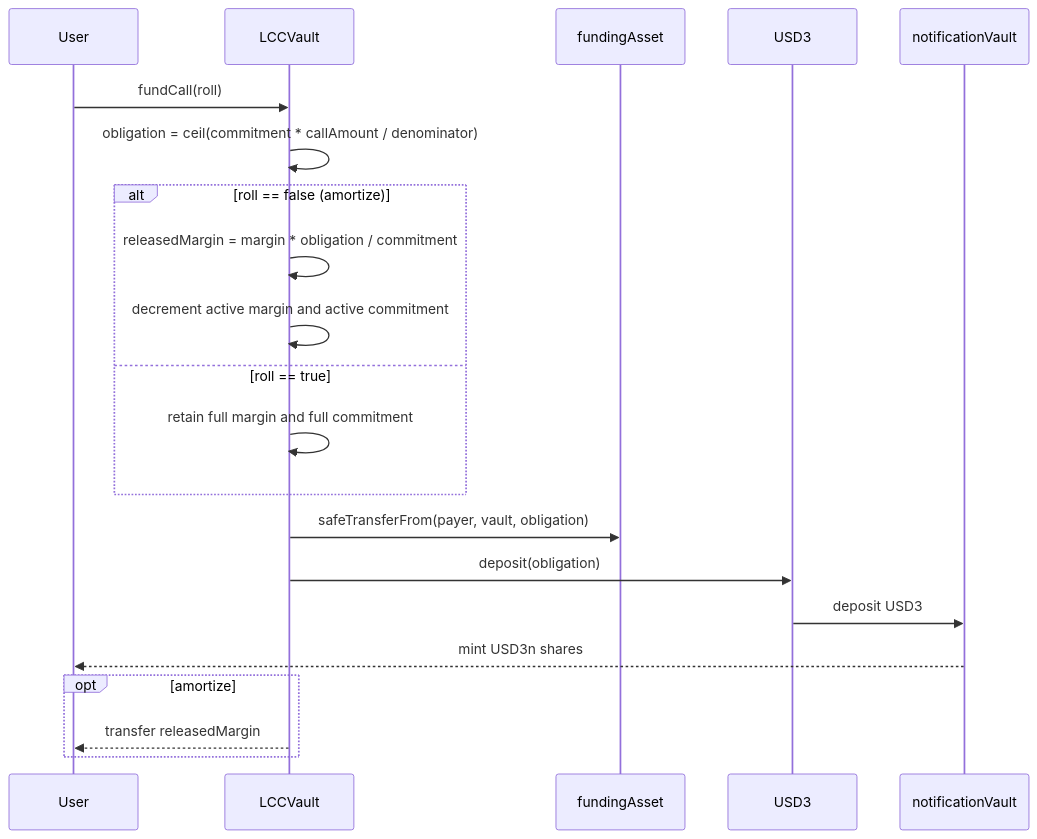
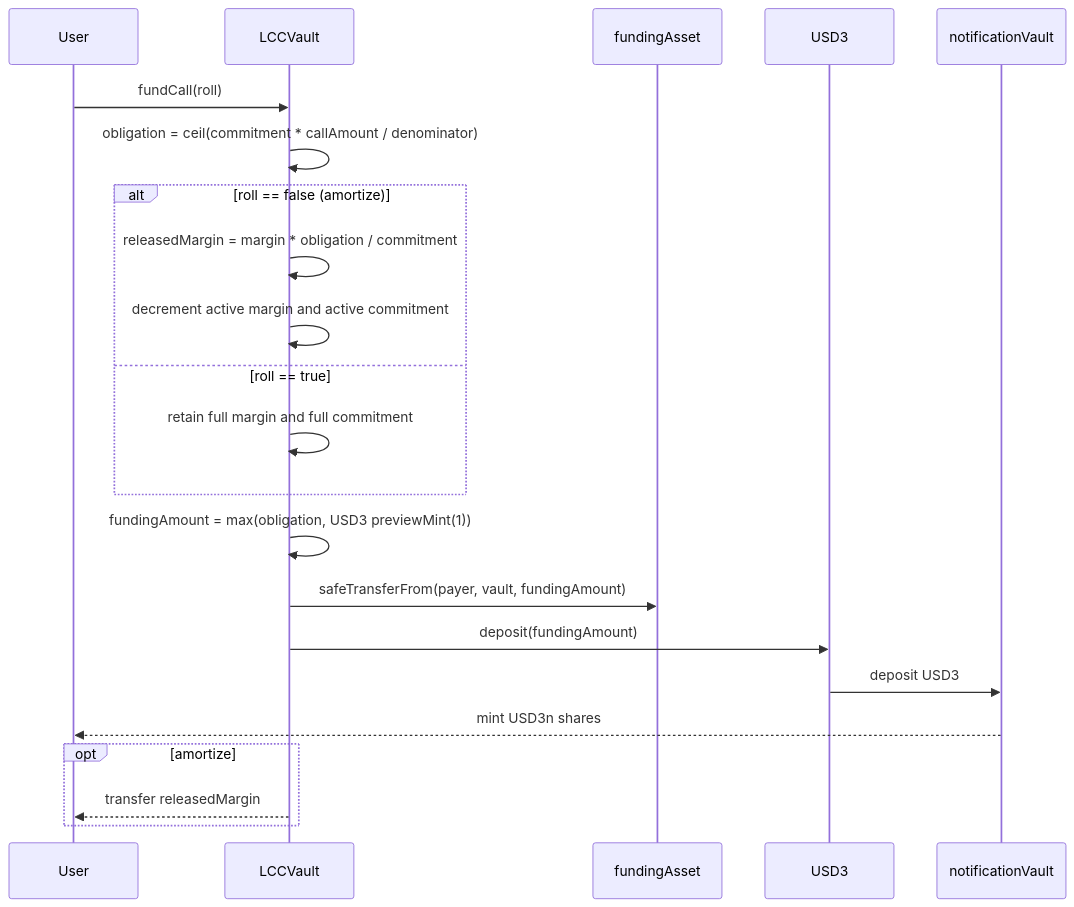
One commit to 3jane-protocol/moneymarket-contracts changed the third of 7 diagrams in src/lcc/README.md. Above: the diagram before and after it, drawn with Mermaid. The commit also changed other lines of this file and 20 other files, not shown here.

````diff
--- a/src/lcc/README.md
+++ b/src/lcc/README.md
@@ -259,23 +271,24 @@
 ```mermaid
 sequenceDiagram
     participant U as User
     participant V as LCCVault
     participant F as fundingAsset
     participant U3 as USD3
     participant NV as notificationVault
     U->>V: fundCall(roll)
     V->>V: obligation = ceil(commitment * callAmount / denominator)
     alt roll == false (amortize)
         V->>V: releasedMargin = margin * obligation / commitment
         V->>V: decrement active margin and active commitment
     else roll == true
         V->>V: retain full margin and full commitment
     end
-    V->>F: safeTransferFrom(payer, vault, obligation)
-    V->>U3: deposit(obligation)
+    V->>V: fundingAmount = max(obligation, USD3 previewMint(1))
+    V->>F: safeTransferFrom(payer, vault, fundingAmount)
+    V->>U3: deposit(fundingAmount)
     U3->>NV: deposit USD3
     NV-->>U: mint USD3n shares
     opt amortize
         V-->>U: transfer releasedMargin
     end
 ```
````
